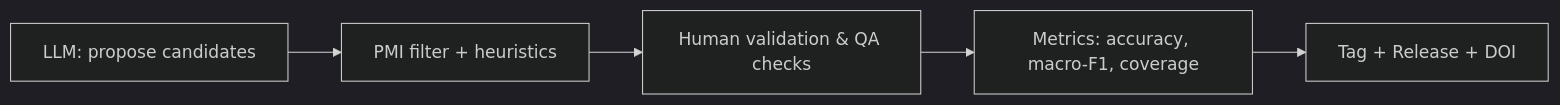
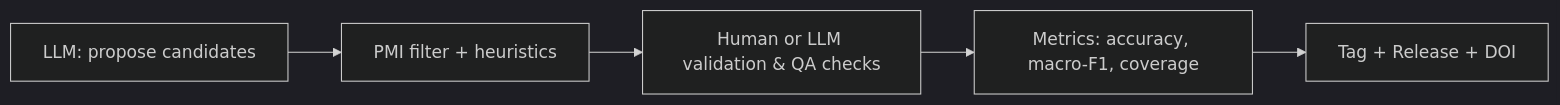
The diagram in WORKFLOW.md (RemiMFB/Taiwan-Financial-Sentiment-Dictionary), drawn with Mermaid (dark theme) before and after one commit. The commit also changed other lines of this file and 6 other files, not shown here.

````diff
--- a/WORKFLOW.md
+++ b/WORKFLOW.md
@@ -10,7 +10,7 @@
 ```mermaid
 flowchart LR
   A[LLM: propose candidates] --> B[PMI filter + heuristics]
-  B --> C[Human validation & QA checks]
+  B --> C[Human or LLM validation & QA checks]
   C --> D[Metrics: accuracy, macro-F1, coverage]
   D --> E[Tag + Release + DOI]
 ```
````
